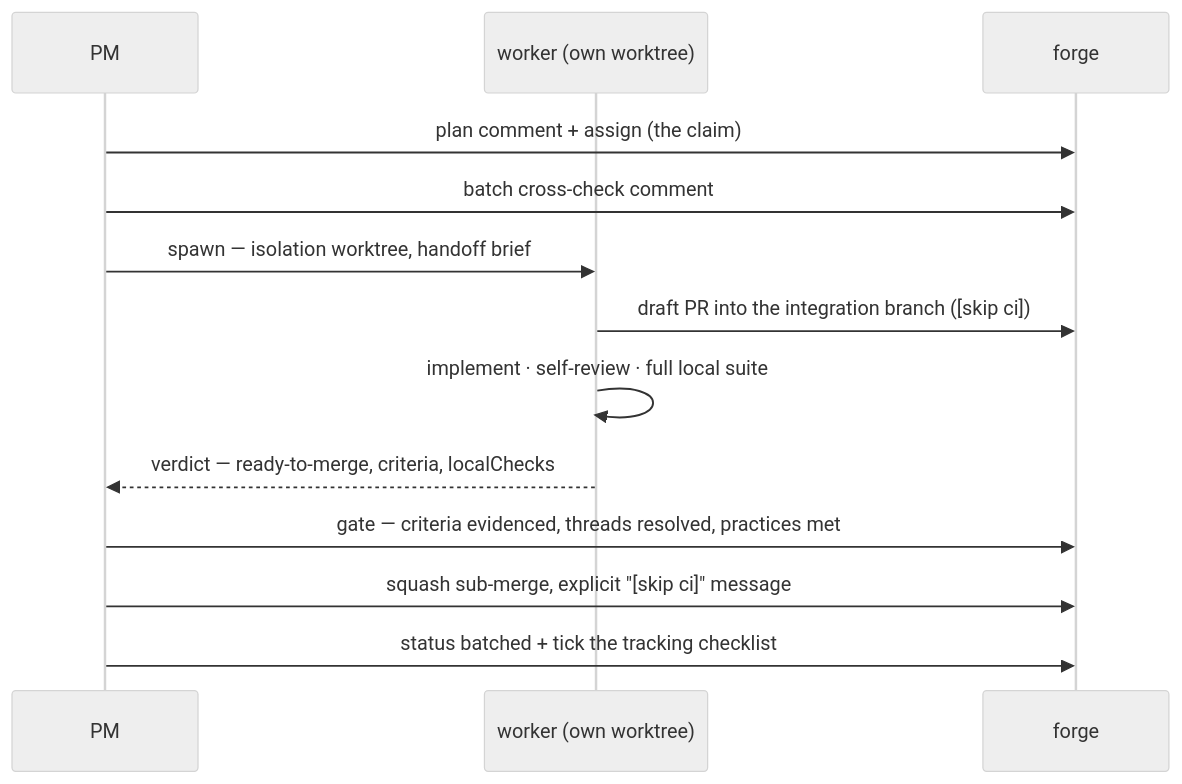
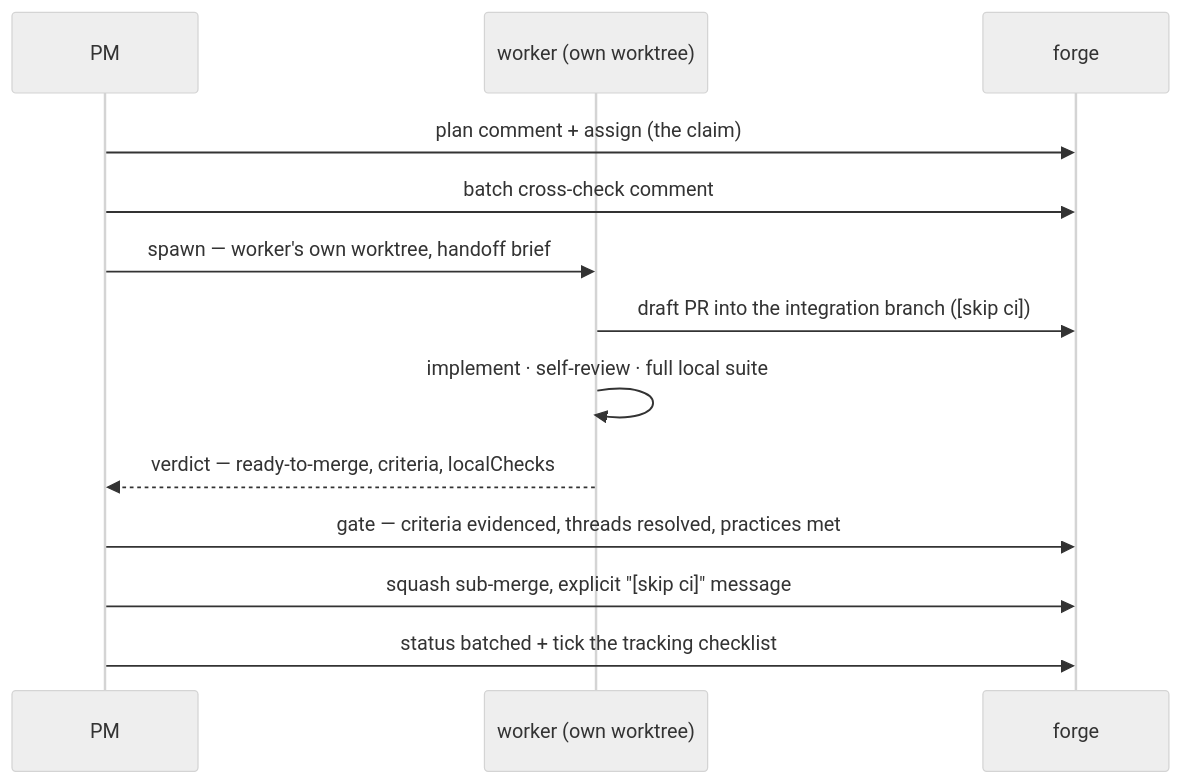
Before and after one commit to Crank-Git/issue-flow-codex: the fourth of 6 diagrams in README.md, drawn with Mermaid (neutral theme). The commit also changed other lines of this file and 8 other files, not shown here.

````diff
--- a/README.md
+++ b/README.md
@@ -180,15 +225,15 @@
 ```mermaid
 sequenceDiagram
     participant PM
     participant W as worker (own worktree)
     participant F as forge
     PM->>F: plan comment + assign (the claim)
     PM->>F: batch cross-check comment
-    PM->>W: spawn — isolation worktree, handoff brief
+    PM->>W: spawn — worker's own worktree, handoff brief
     W->>F: draft PR into the integration branch ([skip ci])
     W->>W: implement · self-review · full local suite
     W-->>PM: verdict — ready-to-merge, criteria, localChecks
     PM->>F: gate — criteria evidenced, threads resolved, practices met
     PM->>F: squash sub-merge, explicit "[skip ci]" message
     PM->>F: status batched + tick the tracking checklist
 ```
````
